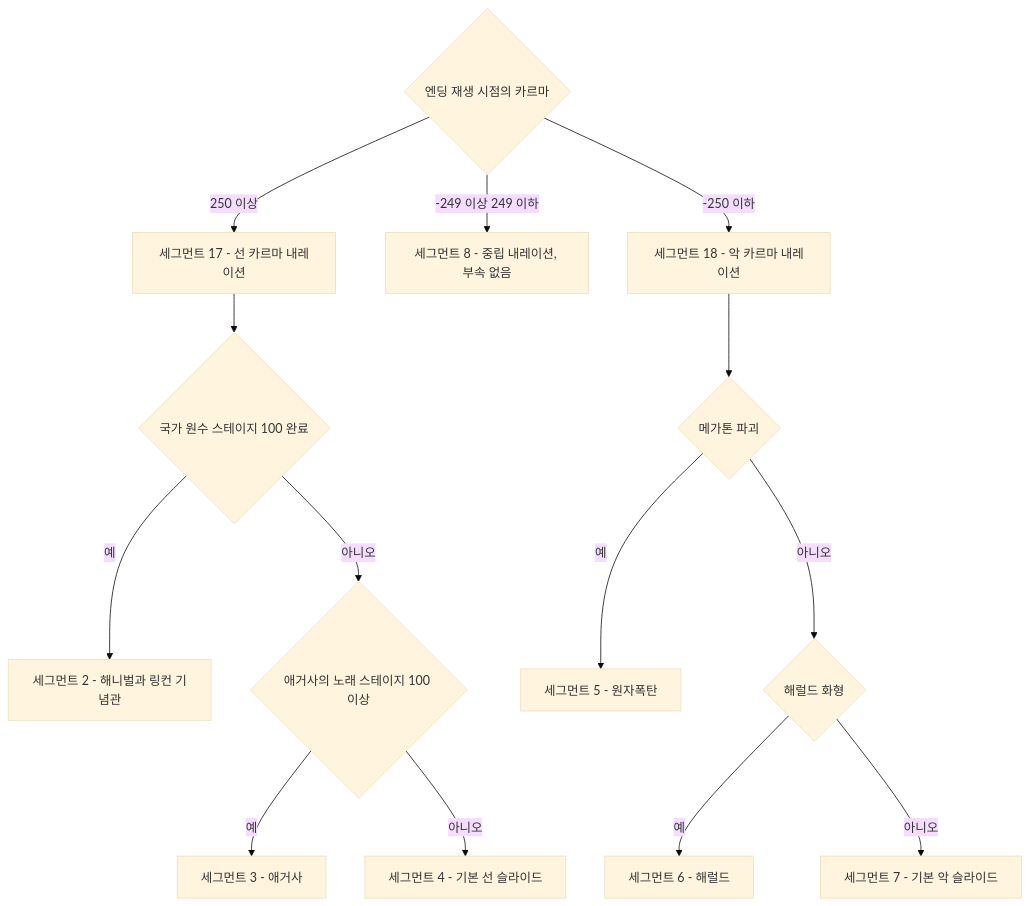
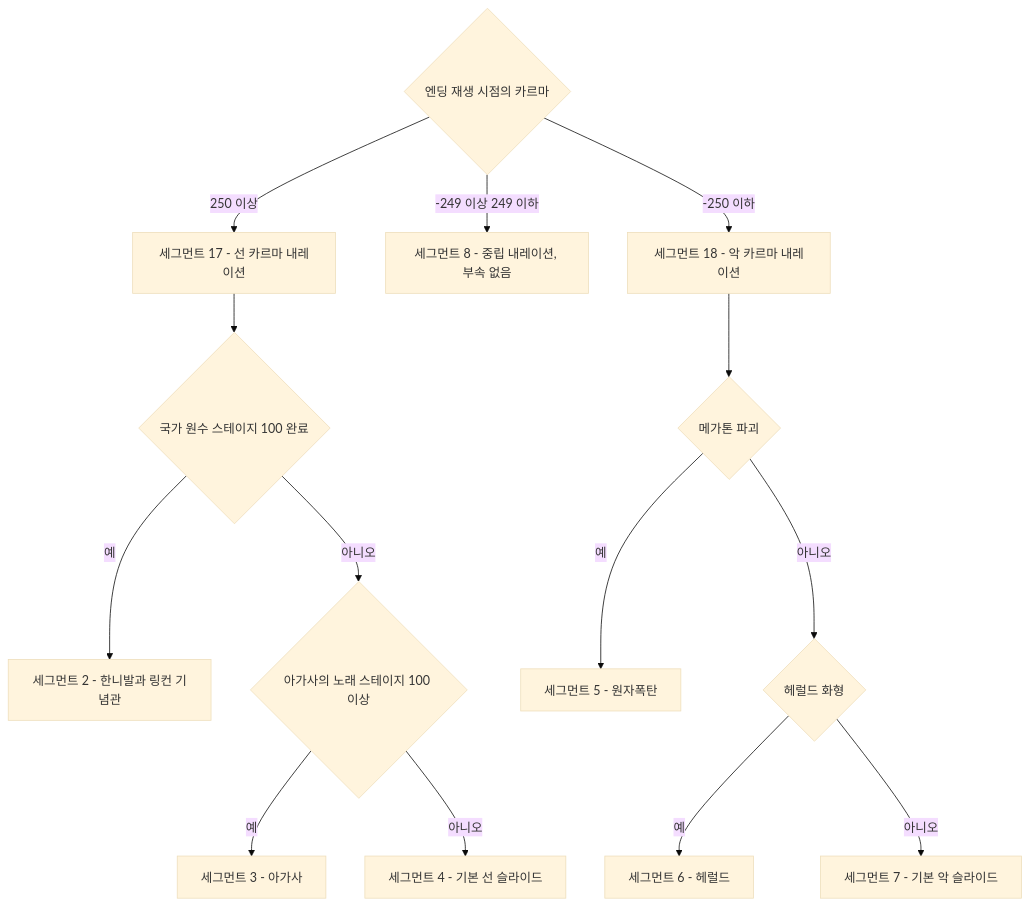
One commit to forsurvive/003 changed the ninth of 10 diagrams in docs/reverse-design/04_main-story-part2-endings.md. Above: the diagram before and after it, drawn with Mermaid (base theme). The commit also changed other lines of this file and 21 other files, not shown here.

````diff
--- a/docs/reverse-design/04_main-story-part2-endings.md
+++ b/docs/reverse-design/04_main-story-part2-endings.md
@@ -1198,16 +1200,16 @@
 ```mermaid
 flowchart TD
     K{"엔딩 재생 시점의 카르마"} -->|"250 이상"| G["세그먼트 17 - 선 카르마 내레이션"]
     K -->|"-249 이상 249 이하"| N["세그먼트 8 - 중립 내레이션, 부속 없음"]
     K -->|"-250 이하"| E["세그먼트 18 - 악 카르마 내레이션"]
     G --> G1{"국가 원수 스테이지 100 완료"}
-    G1 -->|"예"| S2["세그먼트 2 - 해니벌과 링컨 기념관"]
-    G1 -->|"아니오"| G2{"애거사의 노래 스테이지 100 이상"}
-    G2 -->|"예"| S3["세그먼트 3 - 애거사"]
+    G1 -->|"예"| S2["세그먼트 2 - 한니발과 링컨 기념관"]
+    G1 -->|"아니오"| G2{"아가사의 노래 스테이지 100 이상"}
+    G2 -->|"예"| S3["세그먼트 3 - 아가사"]
     G2 -->|"아니오"| S4["세그먼트 4 - 기본 선 슬라이드"]
     E --> E1{"메가톤 파괴"}
     E1 -->|"예"| S5["세그먼트 5 - 원자폭탄"]
-    E1 -->|"아니오"| E2{"해럴드 화형"}
-    E2 -->|"예"| S6["세그먼트 6 - 해럴드"]
+    E1 -->|"아니오"| E2{"헤럴드 화형"}
+    E2 -->|"예"| S6["세그먼트 6 - 헤럴드"]
     E2 -->|"아니오"| S7["세그먼트 7 - 기본 악 슬라이드"]
 ```
````
